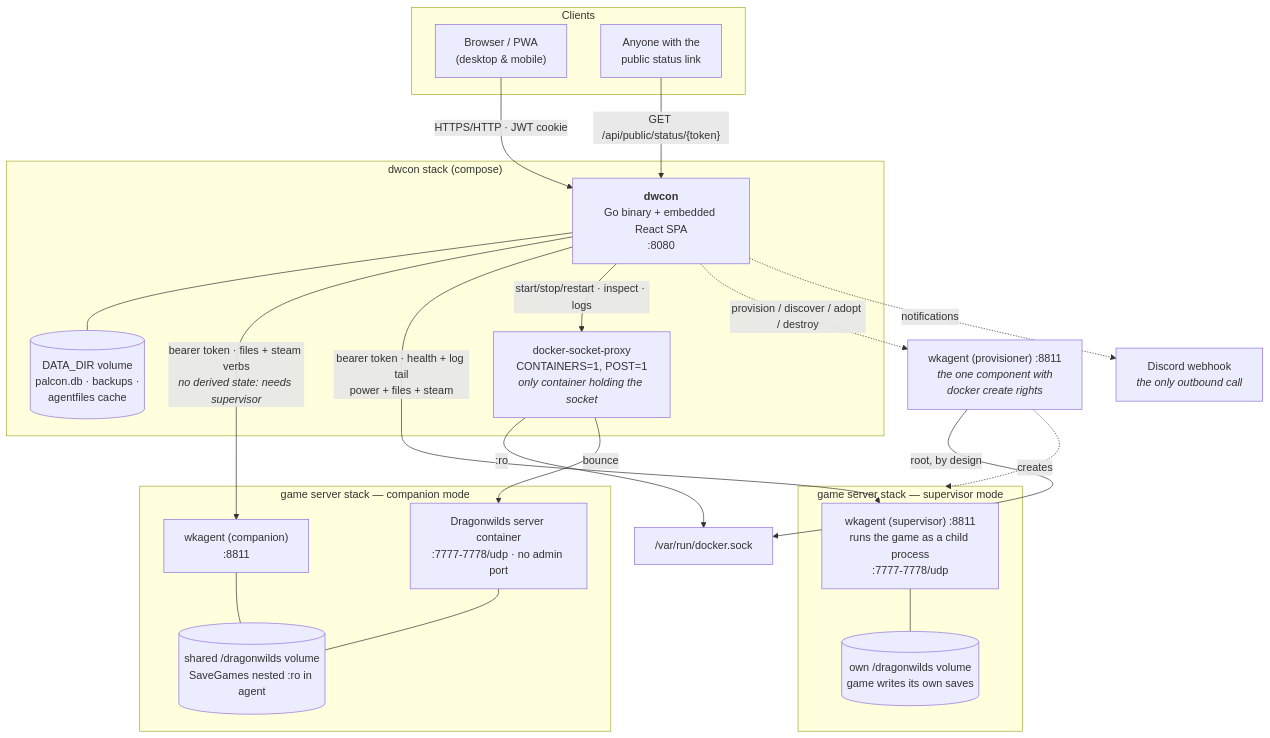
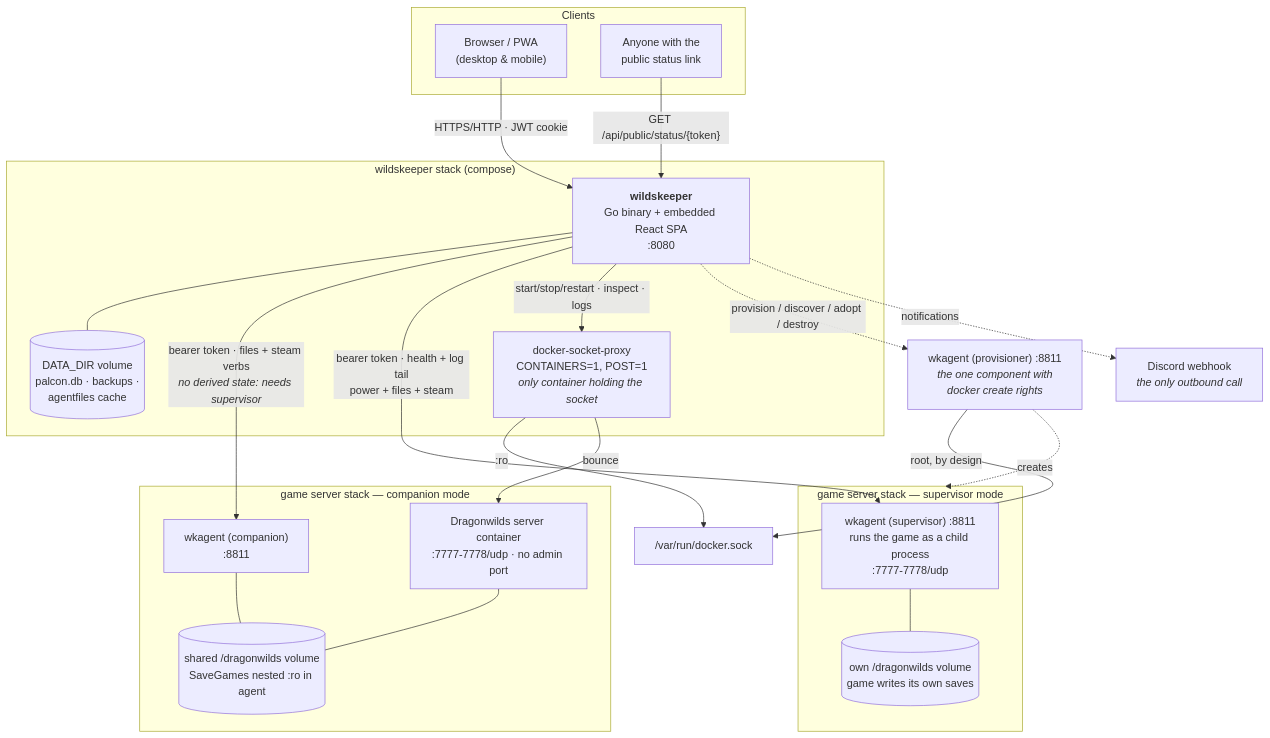
The first of 5 diagrams in docs/architecture.md (safwyls/artificer), drawn with Mermaid before and after one commit. The commit also changed other lines of this file and 105 other files, not shown here.

First line of the commit message:
Rename dwcon to wildskeeper throughout

````diff
--- a/docs/architecture.md
+++ b/docs/architecture.md
@@ -69,44 +69,44 @@
 ```mermaid
 flowchart TB
     subgraph clients["Clients"]
         browser["Browser / PWA<br/>(desktop & mobile)"]
         pub["Anyone with the<br/>public status link"]
     end
 
-    subgraph dwconStack["dwcon stack (compose)"]
-        dwcon["<b>dwcon</b><br/>Go binary + embedded React SPA<br/>:8080"]
+    subgraph wildskeeperStack["wildskeeper stack (compose)"]
+        wildskeeper["<b>wildskeeper</b><br/>Go binary + embedded React SPA<br/>:8080"]
         proxy["docker-socket-proxy<br/>CONTAINERS=1, POST=1<br/><i>only container holding the socket</i>"]
         data[("DATA_DIR volume<br/>palcon.db · backups ·<br/>agentfiles cache")]
-        dwcon --- data
+        wildskeeper --- data
     end
 
     subgraph gameStack1["game server stack — companion mode"]
         game1["Dragonwilds server container<br/>:7777-7778/udp · no admin port"]
         agent1["wkagent (companion)<br/>:8811"]
         vol1[("shared /dragonwilds volume<br/>SaveGames nested :ro in agent")]
         game1 --- vol1
         agent1 --- vol1
     end
 
     subgraph gameStack2["game server stack — supervisor mode"]
         agent2["wkagent (supervisor) :8811<br/>runs the game as a child process<br/>:7777-7778/udp"]
         vol2[("own /dragonwilds volume<br/>game writes its own saves")]
         agent2 --- vol2
     end
 
     prov["wkagent (provisioner) :8811<br/><i>the one component with<br/>docker create rights</i>"]
     sock["/var/run/docker.sock"]
     discord["Discord webhook<br/><i>the only outbound call</i>"]
 
-    browser -->|"HTTPS/HTTP · JWT cookie"| dwcon
-    pub -->|"GET /api/public/status/{token}"| dwcon
-    dwcon -->|"bearer token · files + steam verbs<br/><i>no derived state: needs supervisor</i>"| agent1
-    dwcon -->|"bearer token · health + log tail<br/>power + files + steam"| agent2
-    dwcon -->|"start/stop/restart · inspect · logs"| proxy
-    dwcon -.->|"provision / discover / adopt / destroy"| prov
-    dwcon -.->|notifications| discord
+    browser -->|"HTTPS/HTTP · JWT cookie"| wildskeeper
+    pub -->|"GET /api/public/status/{token}"| wildskeeper
+    wildskeeper -->|"bearer token · files + steam verbs<br/><i>no derived state: needs supervisor</i>"| agent1
+    wildskeeper -->|"bearer token · health + log tail<br/>power + files + steam"| agent2
+    wildskeeper -->|"start/stop/restart · inspect · logs"| proxy
+    wildskeeper -.->|"provision / discover / adopt / destroy"| prov
+    wildskeeper -.->|notifications| discord
     proxy -->|":ro"| sock
     prov -->|"root, by design"| sock
     proxy -->|"bounce"| game1
     prov -.->|"creates"| gameStack2
 ```
````
